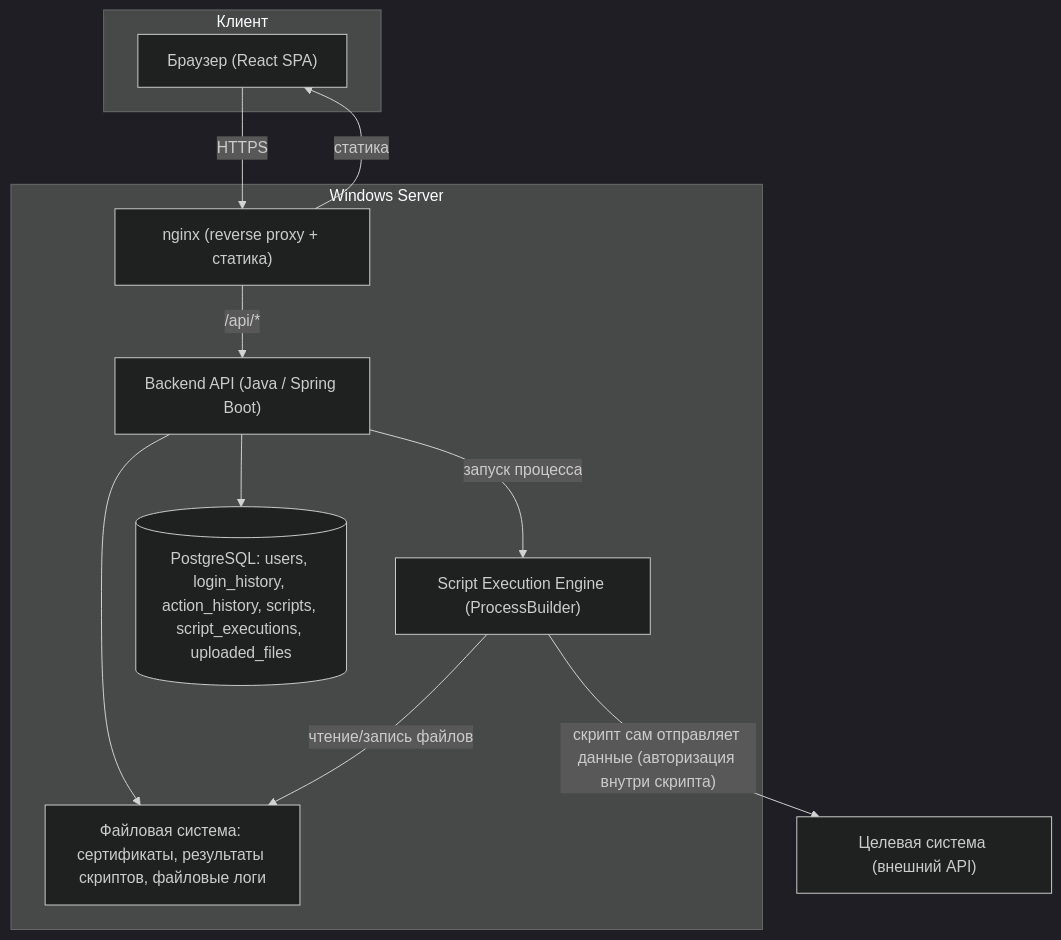
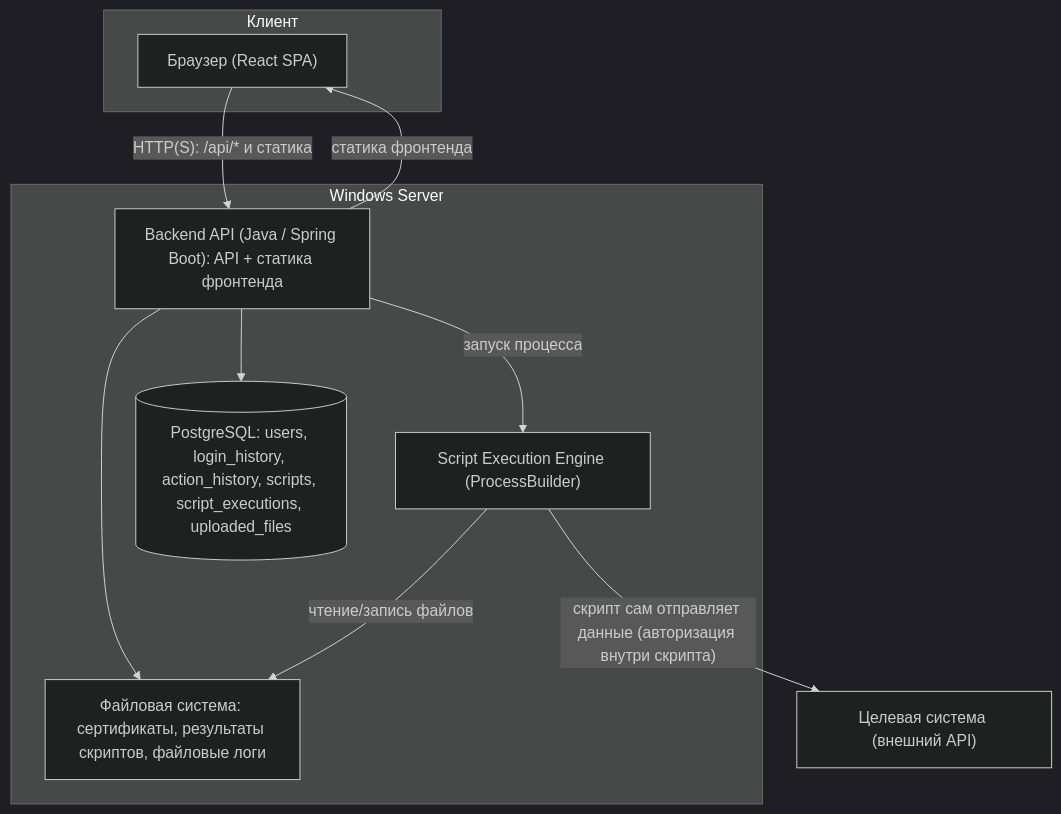
One commit to XMD5X/NRD changed the second of 3 diagrams in docs/HLD.md. Above: the diagram before and after it, drawn with Mermaid (dark theme). The commit also changed other lines of this file and 51 other files, not shown here.

````diff
--- a/docs/HLD.md
+++ b/docs/HLD.md
@@ -80,25 +94,23 @@
 ```mermaid
 flowchart TB
     subgraph Client["Клиент"]
         Browser["Браузер (React SPA)"]
     end
 
     subgraph Server["Windows Server"]
-        Nginx["nginx (reverse proxy + статика)"]
-        Backend["Backend API (Java / Spring Boot)"]
+        Backend["Backend API (Java / Spring Boot): API + статика фронтенда"]
         Engine["Script Execution Engine (ProcessBuilder)"]
         FS["Файловая система: сертификаты, результаты скриптов, файловые логи"]
         DB[("PostgreSQL: users, login_history, action_history, scripts, script_executions, uploaded_files")]
     end
 
     ExtAPI["Целевая система (внешний API)"]
 
-    Browser -- "HTTPS" --> Nginx
-    Nginx -- "/api/*" --> Backend
-    Nginx -- "статика" --> Browser
+    Browser -- "HTTP(S): /api/* и статика" --> Backend
+    Backend -- "статика фронтенда" --> Browser
     Backend --> DB
     Backend --> FS
     Backend -- "запуск процесса" --> Engine
     Engine -- "чтение/запись файлов" --> FS
     Engine -- "скрипт сам отправляет данные (авторизация внутри скрипта)" --> ExtAPI
 ```
````
